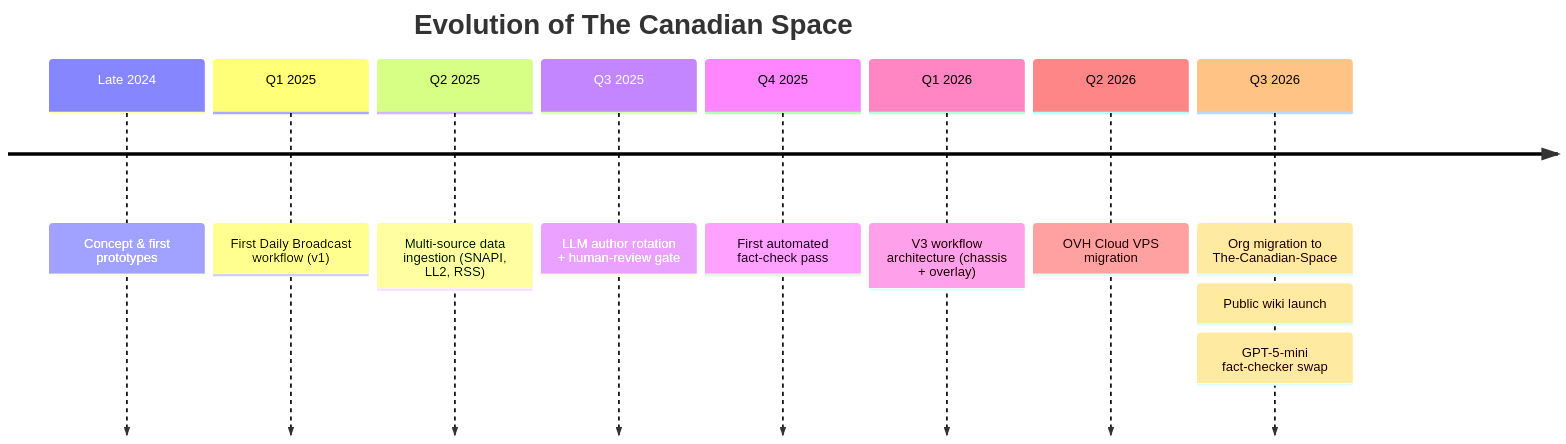
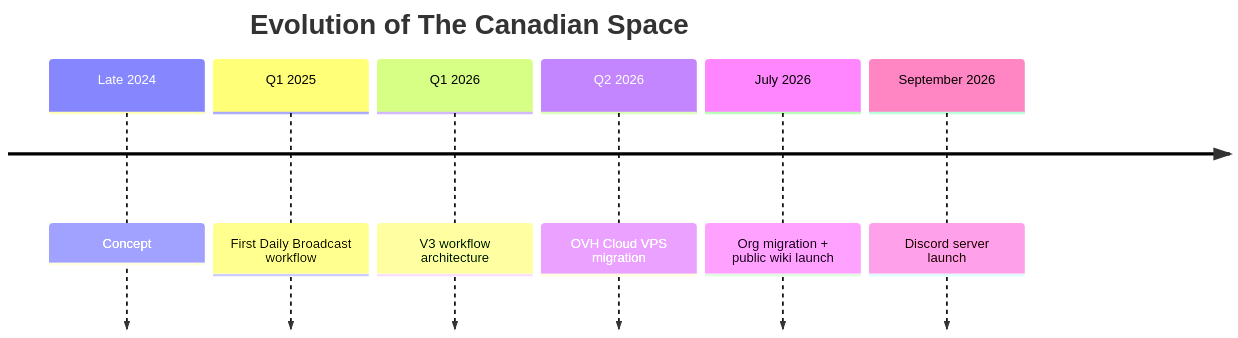
The diagram in docs/evolution/timeline.md (The-Canadian-Space/tcs-public-wiki), drawn with Mermaid before and after one commit. The commit also changed other lines of this file, not shown here.

First line of the commit message:
docs(evolution): rewrite timeline as major-milestones-only

````diff
--- a/docs/evolution/timeline.md
+++ b/docs/evolution/timeline.md
@@ -9,12 +9,10 @@
 ```mermaid
 timeline
     title Evolution of The Canadian Space
-    Late 2024 : Concept & first prototypes
-    Q1 2025   : First Daily Broadcast workflow (v1)
-    Q2 2025   : Multi-source data ingestion (SNAPI, LL2, RSS)
-    Q3 2025   : LLM author rotation + human-review gate
-    Q4 2025   : First automated fact-check pass
-    Q1 2026   : V3 workflow architecture (chassis + overlay)
-    Q2 2026   : OVH Cloud VPS migration
-    Q3 2026   : Org migration to The-Canadian-Space : Public wiki launch : GPT-5-mini fact-checker swap
+    Late 2024      : Concept
+    Q1 2025        : First Daily Broadcast workflow
+    Q1 2026        : V3 workflow architecture
+    Q2 2026        : OVH Cloud VPS migration
+    July 2026      : Org migration + public wiki launch
+    September 2026 : Discord server launch
 ```
````
